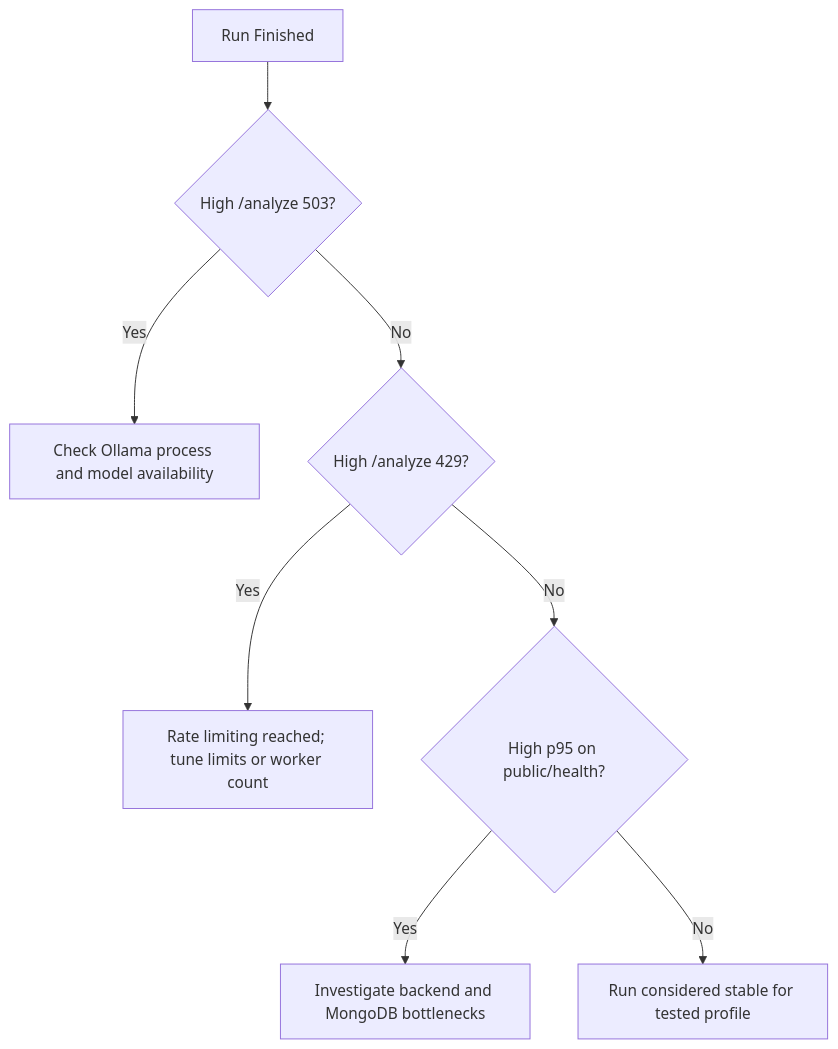
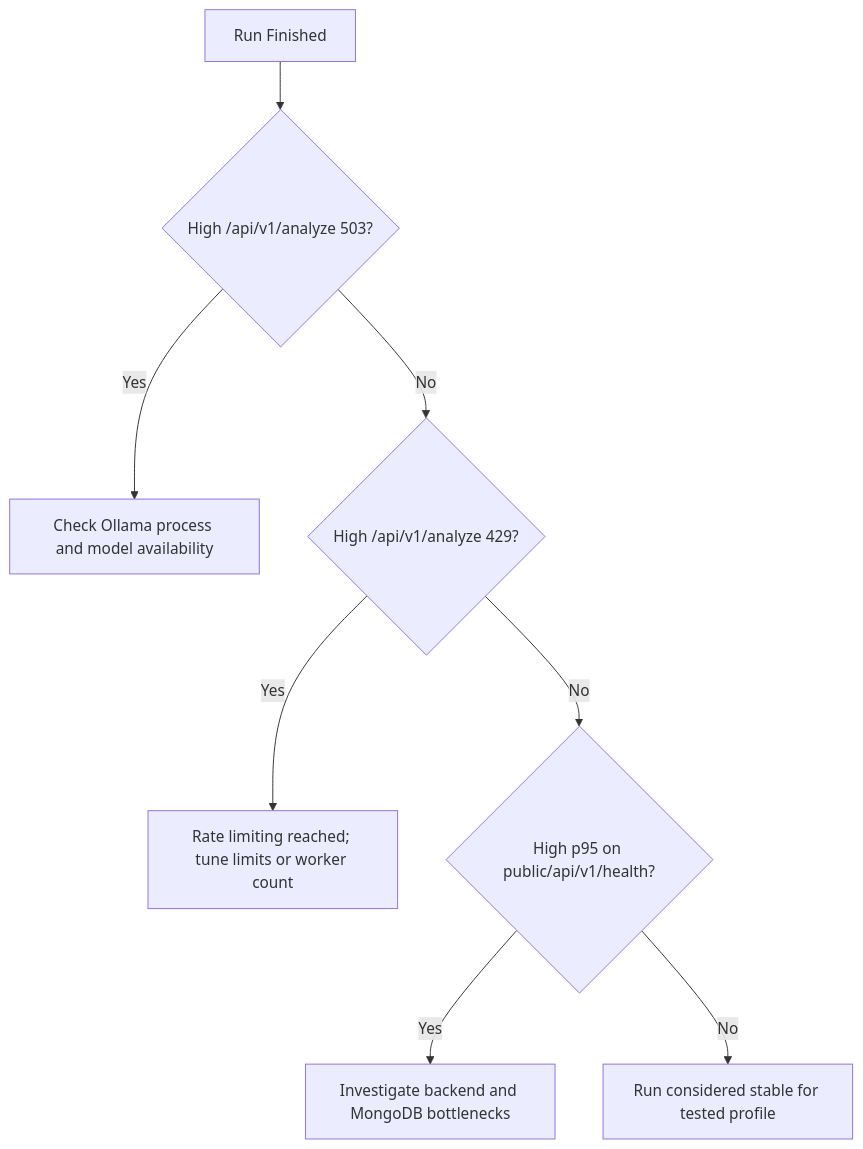
One commit to ark5234/Jan-Sunwai-AI changed the second of 2 diagrams in docs/LOAD_TESTING.md. Above: the diagram before and after it, drawn with Mermaid. The commit also changed other lines of this file and 21 other files, not shown here.

First line of the commit message:
Update LaTeX documents and add detailed diagrams for System Architecture and Design

````diff
--- a/docs/LOAD_TESTING.md
+++ b/docs/LOAD_TESTING.md
@@ -128,10 +128,10 @@
 ```mermaid
 flowchart TD
-    Start[Run Finished] --> A{High /analyze 503?}
+    Start[Run Finished] --> A{High /api/v1/analyze 503?}
     A -->|Yes| A1[Check Ollama process and model availability]
-    A -->|No| B{High /analyze 429?}
+    A -->|No| B{High /api/v1/analyze 429?}
     B -->|Yes| B1[Rate limiting reached; tune limits or worker count]
-    B -->|No| C{High p95 on public/health?}
+    B -->|No| C{High p95 on public/api/v1/health?}
     C -->|Yes| C1[Investigate backend and MongoDB bottlenecks]
     C -->|No| D[Run considered stable for tested profile]
 ```
````
